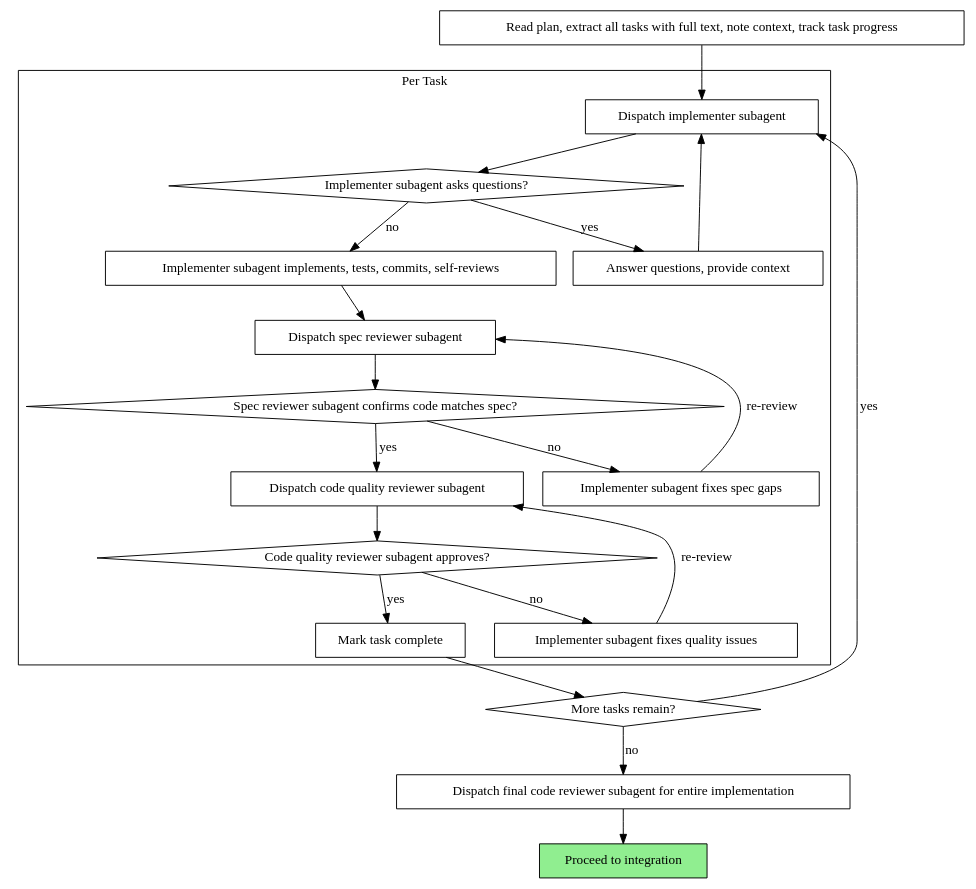
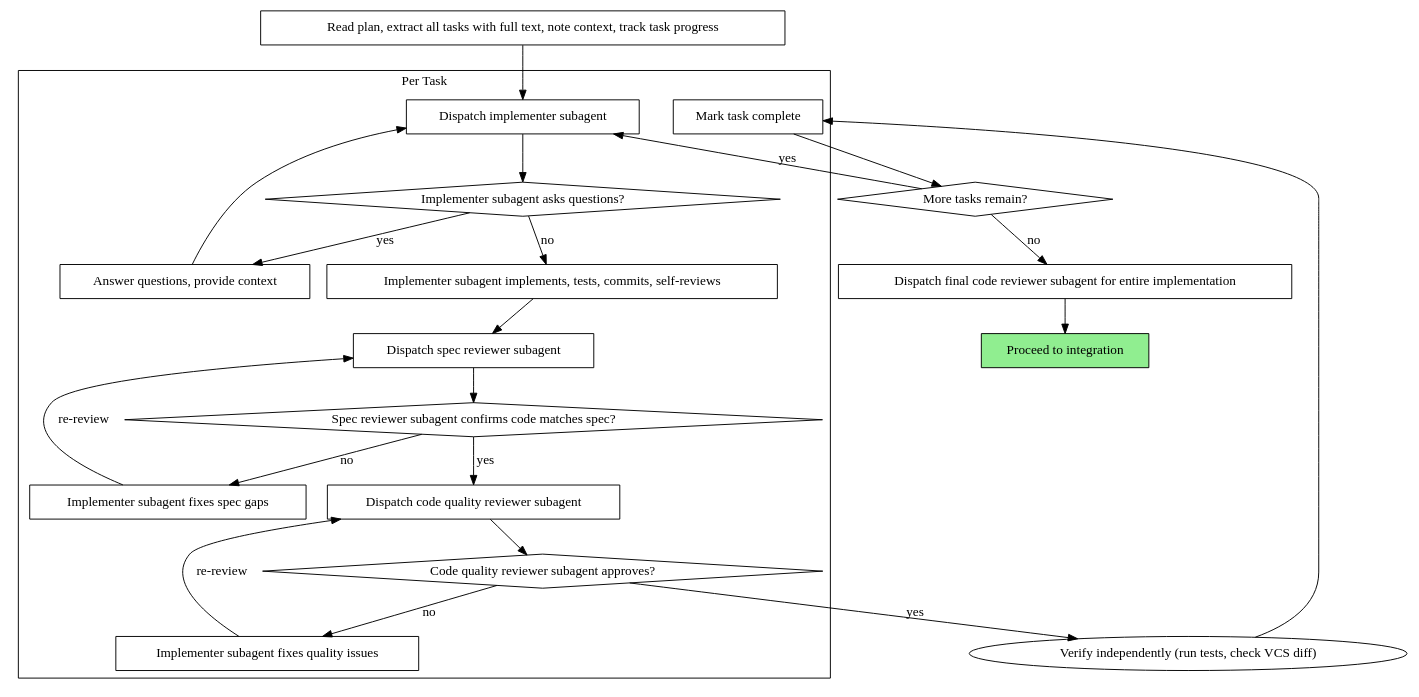
Before and after one commit to circld/dotfiles: the second of 2 diagrams in external/opencode/skills/subagent-driven-development/SKILL.md, drawn with Graphviz.

Commit message:
fix context conflict: add independent verification step to subagent workflow
After reviewer subagent approval, controller must still independently
verify (run tests, check VCS diff) before marking task complete. Resolves
ambiguity with verification-before-completion skill.

````diff
--- a/external/opencode/skills/subagent-driven-development/SKILL.md
+++ b/external/opencode/skills/subagent-driven-development/SKILL.md
@@ -40,44 +40,45 @@
 ```dot
 digraph process {
     rankdir=TB;
 
     subgraph cluster_per_task {
         label="Per Task";
         "Dispatch implementer subagent" [shape=box];
         "Implementer subagent asks questions?" [shape=diamond];
         "Answer questions, provide context" [shape=box];
         "Implementer subagent implements, tests, commits, self-reviews" [shape=box];
         "Dispatch spec reviewer subagent" [shape=box];
         "Spec reviewer subagent confirms code matches spec?" [shape=diamond];
         "Implementer subagent fixes spec gaps" [shape=box];
         "Dispatch code quality reviewer subagent" [shape=box];
         "Code quality reviewer subagent approves?" [shape=diamond];
         "Implementer subagent fixes quality issues" [shape=box];
         "Mark task complete" [shape=box];
     }
 
     "Read plan, extract all tasks with full text, note context, track task progress" [shape=box];
     "More tasks remain?" [shape=diamond];
     "Dispatch final code reviewer subagent for entire implementation" [shape=box];
     "Proceed to integration" [shape=box style=filled fillcolor=lightgreen];
 
     "Read plan, extract all tasks with full text, note context, track task progress" -> "Dispatch implementer subagent";
     "Dispatch implementer subagent" -> "Implementer subagent asks questions?";
     "Implementer subagent asks questions?" -> "Answer questions, provide context" [label="yes"];
     "Answer questions, provide context" -> "Dispatch implementer subagent";
     "Implementer subagent asks questions?" -> "Implementer subagent implements, tests, commits, self-reviews" [label="no"];
     "Implementer subagent implements, tests, commits, self-reviews" -> "Dispatch spec reviewer subagent";
     "Dispatch spec reviewer subagent" -> "Spec reviewer subagent confirms code matches spec?";
     "Spec reviewer subagent confirms code matches spec?" -> "Implementer subagent fixes spec gaps" [label="no"];
     "Implementer subagent fixes spec gaps" -> "Dispatch spec reviewer subagent" [label="re-review"];
     "Spec reviewer subagent confirms code matches spec?" -> "Dispatch code quality reviewer subagent" [label="yes"];
     "Dispatch code quality reviewer subagent" -> "Code quality reviewer subagent approves?";
     "Code quality reviewer subagent approves?" -> "Implementer subagent fixes quality issues" [label="no"];
     "Implementer subagent fixes quality issues" -> "Dispatch code quality reviewer subagent" [label="re-review"];
-    "Code quality reviewer subagent approves?" -> "Mark task complete" [label="yes"];
+    "Code quality reviewer subagent approves?" -> "Verify independently (run tests, check VCS diff)" [label="yes"];
+    "Verify independently (run tests, check VCS diff)" -> "Mark task complete";
     "Mark task complete" -> "More tasks remain?";
     "More tasks remain?" -> "Dispatch implementer subagent" [label="yes"];
     "More tasks remain?" -> "Dispatch final code reviewer subagent for entire implementation" [label="no"];
     "Dispatch final code reviewer subagent for entire implementation" -> "Proceed to integration";
 }
 ```
````
